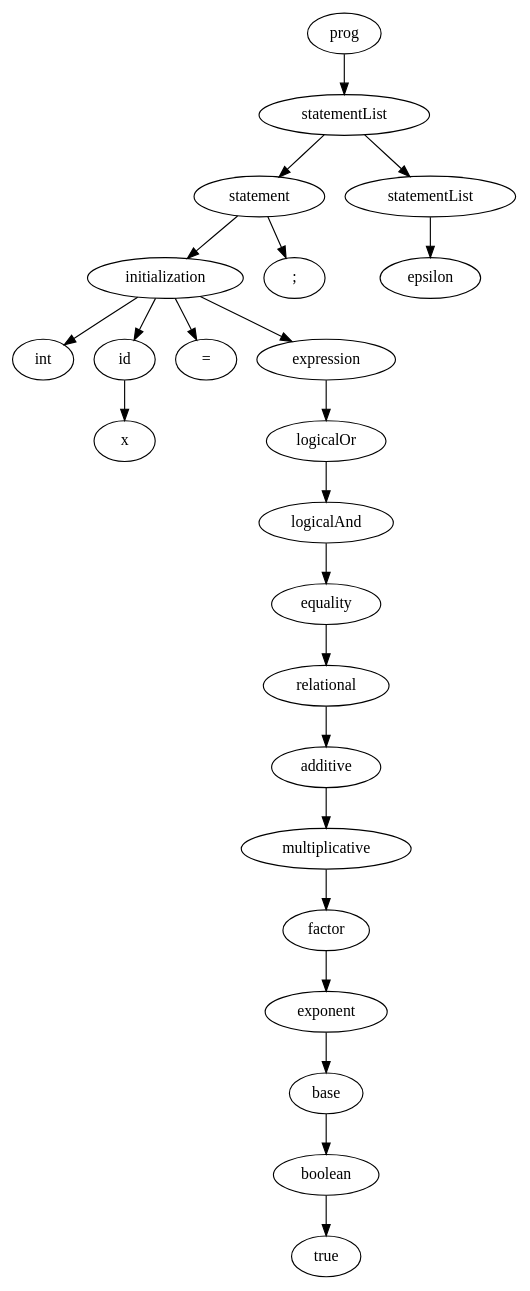
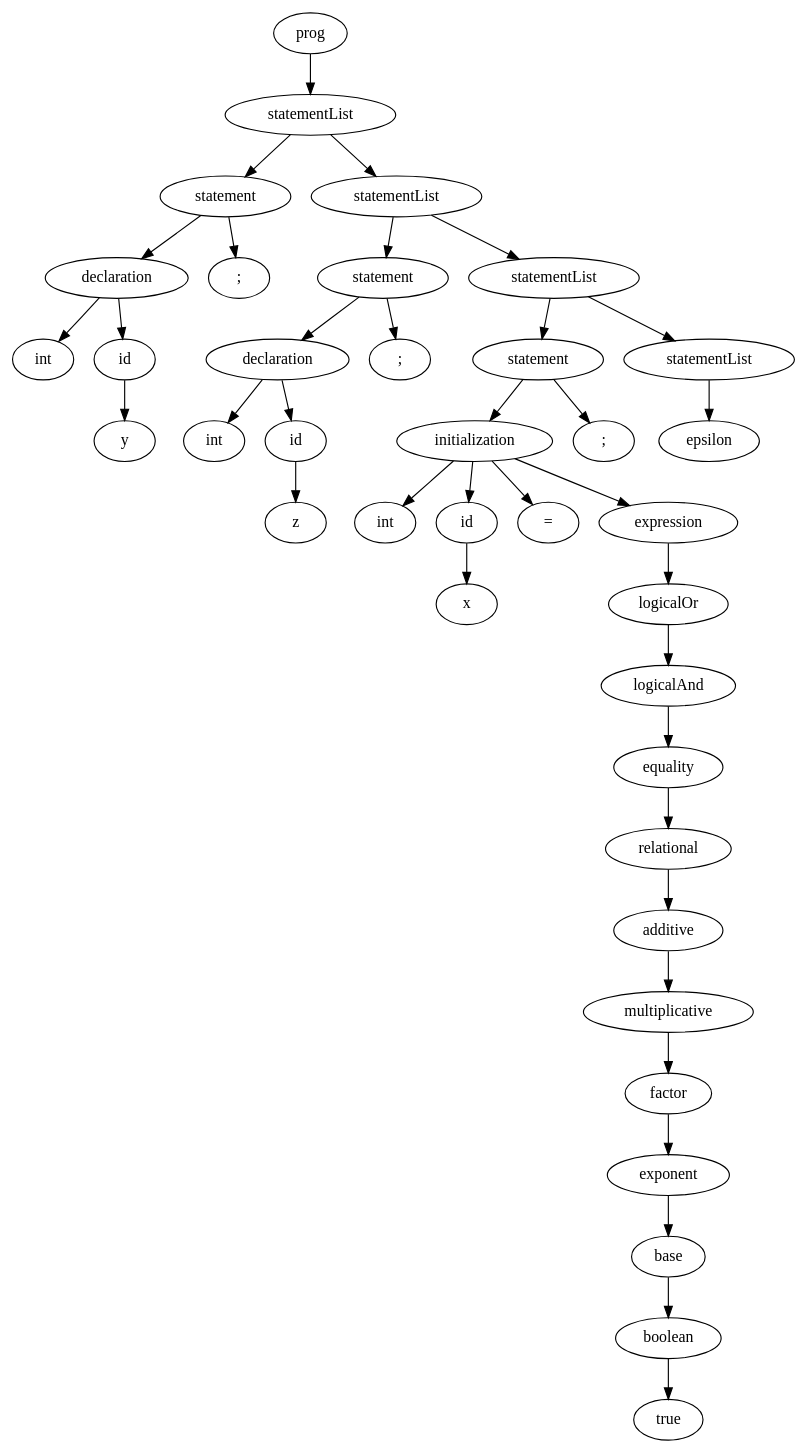
Before and after one commit to sreiners9875/ProgrammingLanguages: the diagram in Group3_M4_Package/Target/1/input_that_fails.dot, drawn with Graphviz. The commit also changed 7 other files, not shown here.

```diff
--- a/Group3_M4_Package/Target/1/input_that_fails.dot
+++ b/Group3_M4_Package/Target/1/input_that_fails.dot
@@ -1,49 +1,77 @@
 
 digraph "input_that_fails"
 {
 struct1 [label="prog"]
 struct2 [label="statementList"]
 struct3 [label="statement"]
-struct4 [label="initialization"]
+struct4 [label="declaration"]
 struct5 [label="int"]
 struct4->struct5
 struct6 [label="id"]
-struct7 [label="x"]
+struct7 [label="y"]
 struct6->struct7
 struct4->struct6
-struct8 [label="="]
-struct4->struct8
-struct9 [label="expression"]
-struct10 [label="logicalOr"]
-struct11 [label="logicalAnd"]
-struct12 [label="equality"]
-struct13 [label="relational"]
-struct14 [label="additive"]
-struct15 [label="multiplicative"]
-struct16 [label="factor"]
-struct17 [label="exponent"]
-struct18 [label="base"]
-struct19 [label="boolean"]
-struct20 [label="true"]
-struct19->struct20
+struct3->struct4
+struct8 [label=";"]
+struct3->struct8
+struct2->struct3
+struct9 [label="statementList"]
+struct10 [label="statement"]
+struct11 [label="declaration"]
+struct12 [label="int"]
+struct11->struct12
+struct13 [label="id"]
+struct14 [label="z"]
+struct13->struct14
+struct11->struct13
+struct10->struct11
+struct15 [label=";"]
+struct10->struct15
+struct9->struct10
+struct16 [label="statementList"]
+struct17 [label="statement"]
+struct18 [label="initialization"]
+struct19 [label="int"]
 struct18->struct19
+struct20 [label="id"]
+struct21 [label="x"]
+struct20->struct21
+struct18->struct20
+struct22 [label="="]
+struct18->struct22
+struct23 [label="expression"]
+struct24 [label="logicalOr"]
+struct25 [label="logicalAnd"]
+struct26 [label="equality"]
+struct27 [label="relational"]
+struct28 [label="additive"]
+struct29 [label="multiplicative"]
+struct30 [label="factor"]
+struct31 [label="exponent"]
+struct32 [label="base"]
+struct33 [label="boolean"]
+struct34 [label="true"]
+struct33->struct34
+struct32->struct33
+struct31->struct32
+struct30->struct31
+struct29->struct30
+struct28->struct29
+struct27->struct28
+struct26->struct27
+struct25->struct26
+struct24->struct25
+struct23->struct24
+struct18->struct23
 struct17->struct18
+struct35 [label=";"]
+struct17->struct35
 struct16->struct17
-struct15->struct16
-struct14->struct15
-struct13->struct14
-struct12->struct13
-struct11->struct12
-struct10->struct11
-struct9->struct10
-struct4->struct9
-struct3->struct4
-struct21 [label=";"]
-struct3->struct21
-struct2->struct3
-struct22 [label="statementList"]
-struct23 [label="epsilon"]
-struct22->struct23
-struct2->struct22
+struct36 [label="statementList"]
+struct37 [label="epsilon"]
+struct36->struct37
+struct16->struct36
+struct9->struct16
+struct2->struct9
 struct1->struct2
 }
```
